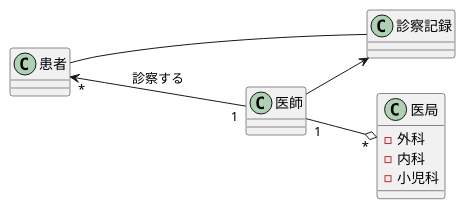
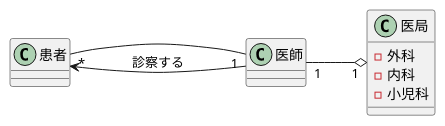
The diagram in 演習3-2_CL_医師と患者と医局と診療記録.pu (HIKAKINsan/uml-introduction), drawn with PlantUML before and after one commit. The commit also changed 1 other file, not shown here.

```diff
--- a/演習3-2_CL_医師と患者と医局と診療記録.pu
+++ b/演習3-2_CL_医師と患者と医局と診療記録.pu
@@ -1,18 +1,16 @@
 @startuml
 left to right direction
 class 医局{
     - 外科
     - 内科
     - 小児科
 }
 class 患者{
 }
-class 診察記録{
-}
 class 医師{
 }
-医師-->診察記録
-患者--診察記録
-医師 "1" --o "*" 医局
-医師 "1" --up-> "*" 患者:診察する
+医師-->患者:診察する
+医師 "1" --o "1" 医局
+医師 "1" --up- "*" 患者
+
 @enduml
```
